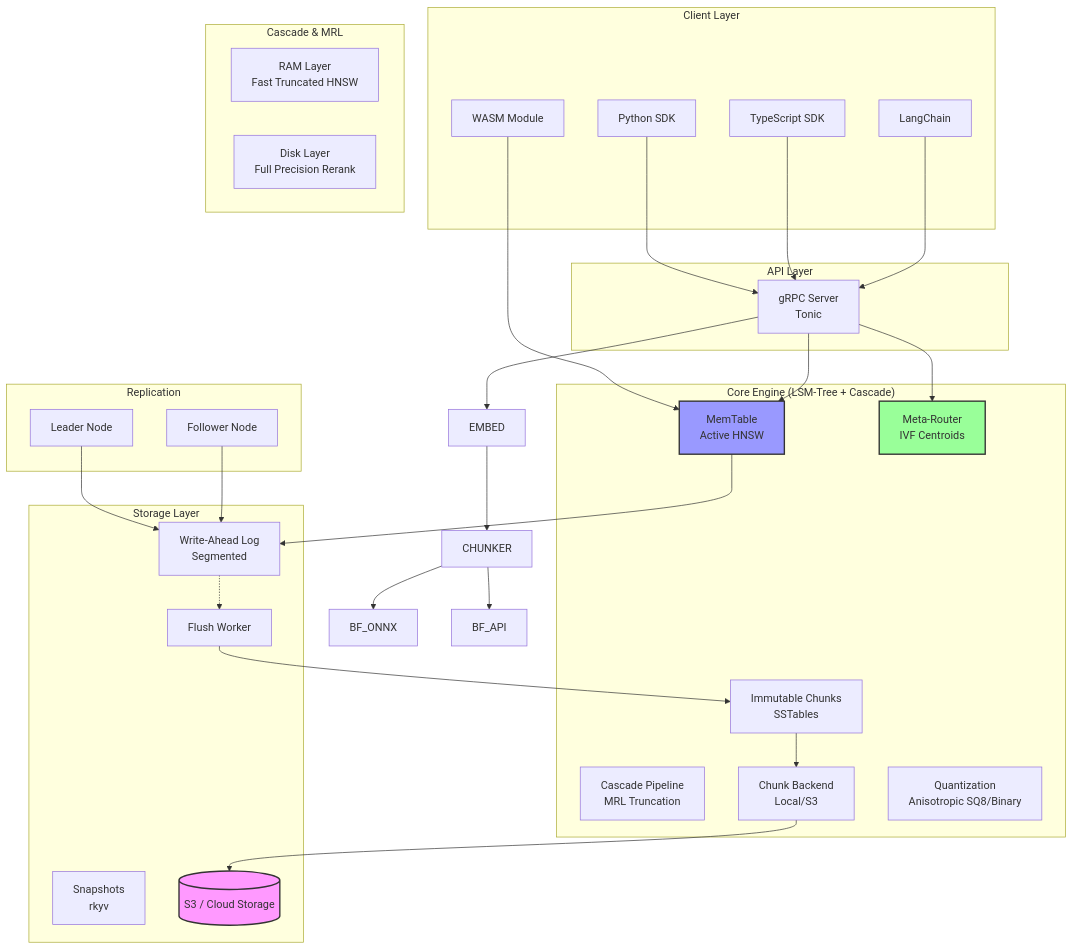
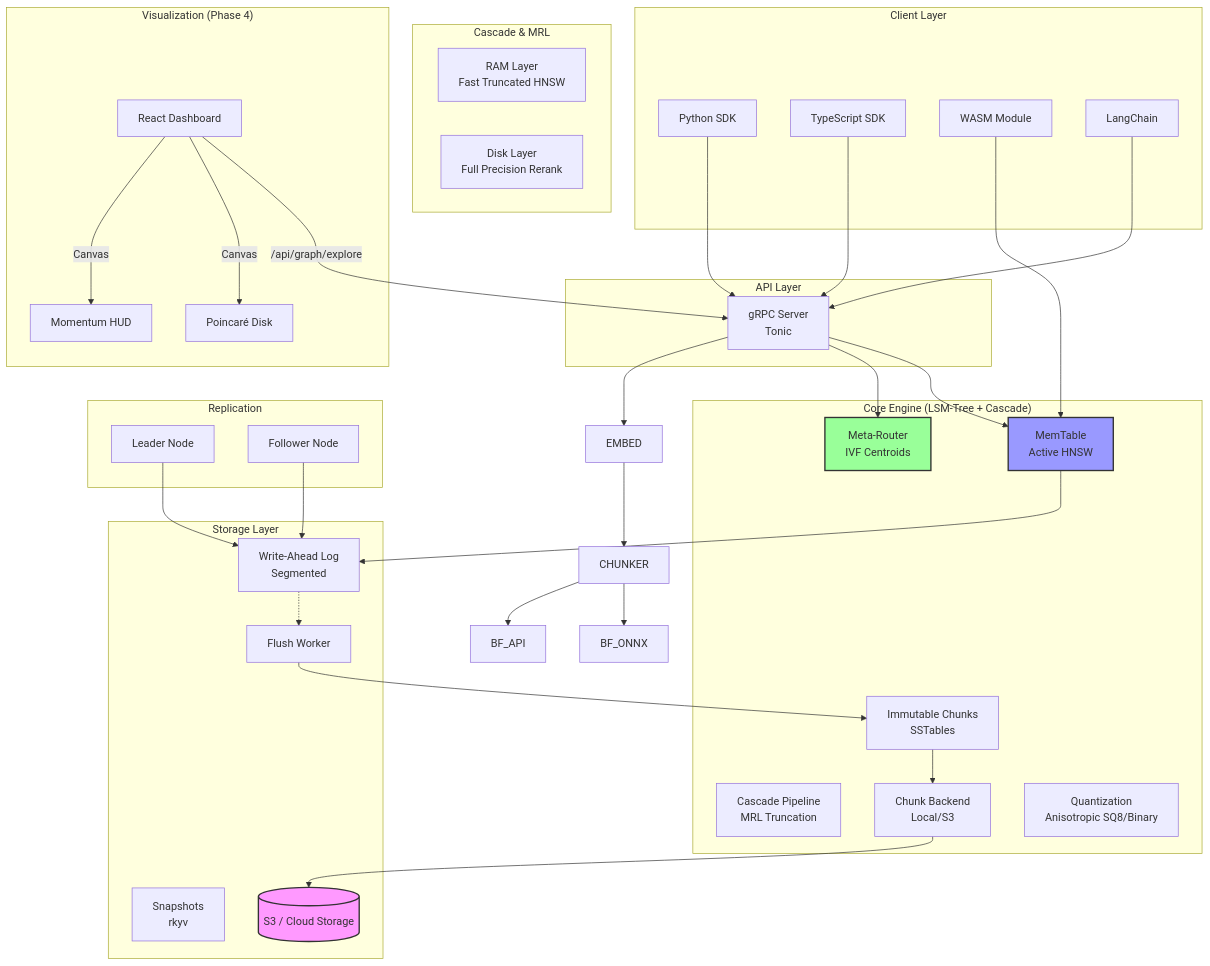
One commit to YARlabs/hyperspace-db changed the first of 7 diagrams in docs/ARCHITECTURE.md. Above: the diagram before and after it, drawn with Mermaid. The commit also changed other lines of this file and 33 other files, not shown here.

Commit message:
feat: implement subsumption tree exploration, vector-based graph visualization, and trust score analytics in GraphExplorerPage

````diff
--- a/docs/ARCHITECTURE.md
+++ b/docs/ARCHITECTURE.md
@@ -5,63 +5,70 @@
 ```mermaid
 graph TB
     subgraph "Client Layer"
         PY[Python SDK]
         TS[TypeScript SDK]
         WASM[WASM Module]
         LC[LangChain]
     end
     
     subgraph "API Layer"
         GRPC[gRPC Server<br/>Tonic]
     end
     
     subgraph "Core Engine (LSM-Tree + Cascade)"
         MEM[MemTable<br/>Active HNSW]
         CHUNK[Immutable Chunks<br/>SSTables]
         ROUTER[Meta-Router<br/>IVF Centroids]
         CASCADE[Cascade Pipeline<br/>MRL Truncation]
         BACKEND[Chunk Backend<br/>Local/S3]
         QUANT[Quantization<br/>Anisotropic SQ8/Binary]
     end
     
     subgraph "Storage Layer"
         WAL[Write-Ahead Log<br/>Segmented]
         FLUSH[Flush Worker]
         SNAP[Snapshots<br/>rkyv]
         S3[(S3 / Cloud Storage)]
     end
 
     subgraph "Cascade & MRL"
         MRL_RAM[RAM Layer<br/>Fast Truncated HNSW]
         MRL_DISK[Disk Layer<br/>Full Precision Rerank]
     end
     
     subgraph "Replication"
         LEADER[Leader Node]
         FOLLOWER[Follower Node]
     end
+
+    subgraph "Visualization (Phase 4)"
+        DASH[React Dashboard]
+        DASH -->|/api/graph/explore| GRPC
+        DASH -->|Canvas| POINCARE[Poincaré Disk]
+        DASH -->|Canvas| MOMENTUM[Momentum HUD]
+    end
     
     PY --> GRPC
     TS --> GRPC
     LC --> GRPC
     WASM --> MEM
     
     GRPC --> MEM
     GRPC --> ROUTER
     GRPC --> EMBED
     EMBED --> CHUNKER
     CHUNKER --> BF_ONNX
     CHUNKER --> BF_API
     MEM --> WAL
     FLUSH --> CHUNK
     WAL -.-> FLUSH
     CHUNK --> BACKEND
     BACKEND --> S3
     
     LEADER --> WAL
     FOLLOWER --> WAL
     
     style S3 fill:#f9f,stroke:#333,stroke-width:2px
     style ROUTER fill:#9f9,stroke:#333,stroke-width:2px
     style MEM fill:#99f,stroke:#333,stroke-width:2px
 ```
````
